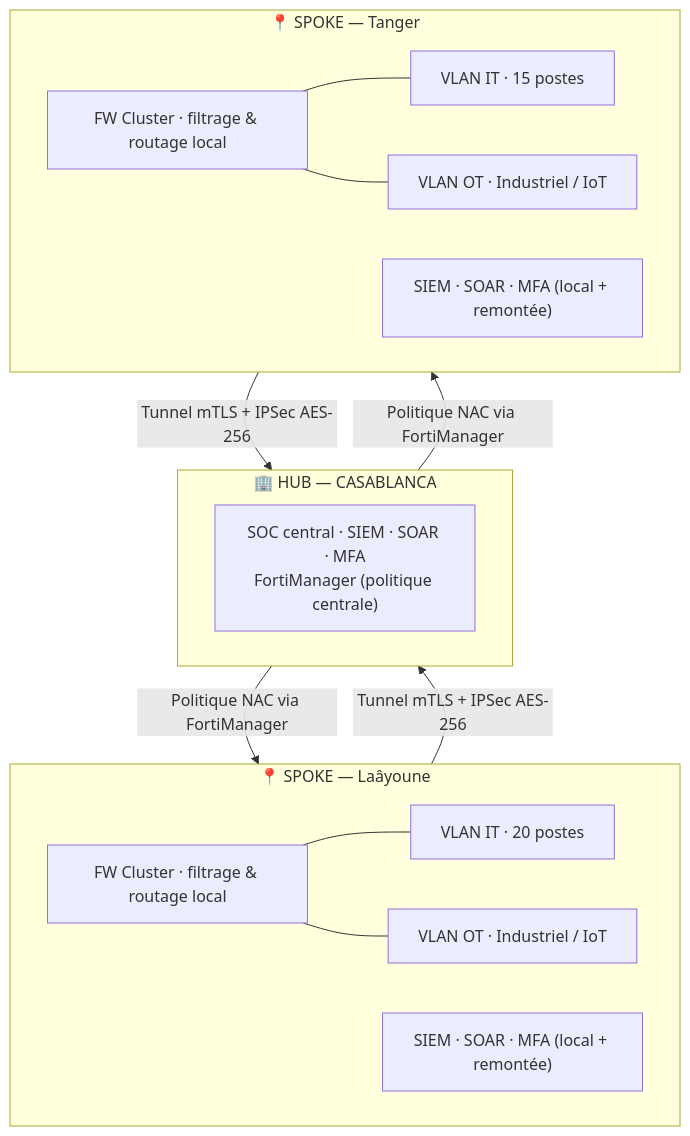
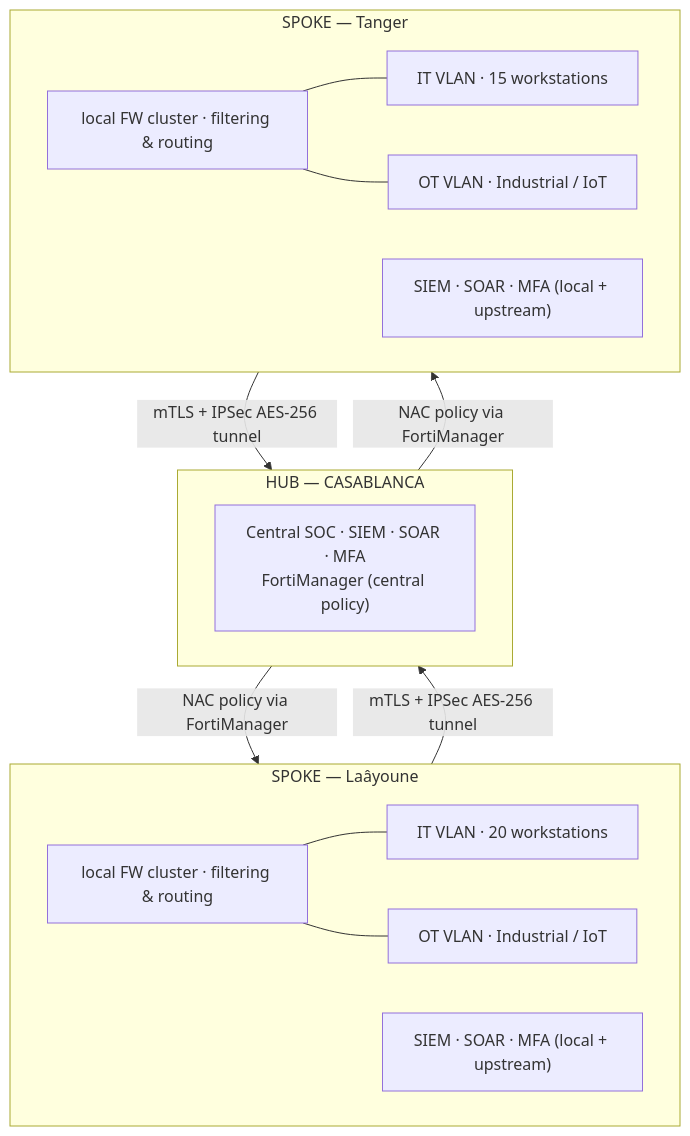
One commit to douaekarachi-sys/secure-network-architecture changed the second of 3 diagrams in README.md. Above: the diagram before and after it, drawn with Mermaid. The commit also changed other lines of this file, not shown here.

````diff
--- a/README.md
+++ b/README.md
@@ -97,29 +90,29 @@
 ```mermaid
 flowchart TB
-    subgraph HUBC["🏢 HUB — CASABLANCA"]
-        HSEC["SOC central · SIEM · SOAR · MFA<br/>FortiManager (politique centrale)"]
+    subgraph HUBC["HUB — CASABLANCA"]
+        HSEC["Central SOC · SIEM · SOAR · MFA<br/>FortiManager (central policy)"]
     end
 
-    subgraph SP1["📍 SPOKE — Laâyoune"]
-        L_FW["FW Cluster · filtrage & routage local"]
-        L_SIEM["SIEM · SOAR · MFA (local + remontée)"]
-        L_IT["VLAN IT · 20 postes"]
-        L_OT["VLAN OT · Industriel / IoT"]
+    subgraph SP1["SPOKE — Laâyoune"]
+        L_FW["local FW cluster · filtering & routing"]
+        L_SIEM["SIEM · SOAR · MFA (local + upstream)"]
+        L_IT["IT VLAN · 20 workstations"]
+        L_OT["OT VLAN · Industrial / IoT"]
         L_FW --- L_IT
         L_FW --- L_OT
     end
 
-    subgraph SP2["📍 SPOKE — Tanger"]
-        T_FW["FW Cluster · filtrage & routage local"]
-        T_SIEM["SIEM · SOAR · MFA (local + remontée)"]
-        T_IT["VLAN IT · 15 postes"]
-        T_OT["VLAN OT · Industriel / IoT"]
+    subgraph SP2["SPOKE — Tanger"]
+        T_FW["local FW cluster · filtering & routing"]
+        T_SIEM["SIEM · SOAR · MFA (local + upstream)"]
+        T_IT["IT VLAN · 15 workstations"]
+        T_OT["OT VLAN · Industrial / IoT"]
         T_FW --- T_IT
         T_FW --- T_OT
     end
 
-    SP1 -->|"Tunnel mTLS + IPSec AES-256"| HUBC
-    SP2 -->|"Tunnel mTLS + IPSec AES-256"| HUBC
-    HUBC -->|"Politique NAC via FortiManager"| SP1
-    HUBC -->|"Politique NAC via FortiManager"| SP2
+    SP1 -->|"mTLS + IPSec AES-256 tunnel"| HUBC
+    SP2 -->|"mTLS + IPSec AES-256 tunnel"| HUBC
+    HUBC -->|"NAC policy via FortiManager"| SP1
+    HUBC -->|"NAC policy via FortiManager"| SP2
 ```
````
